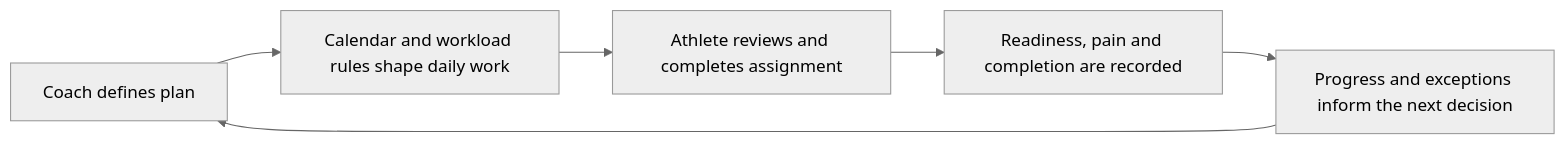
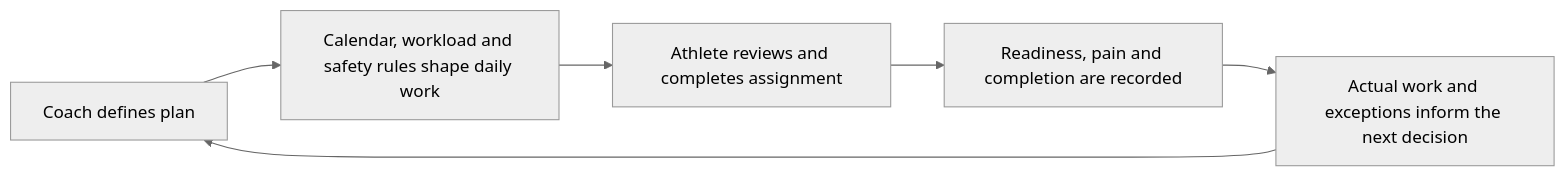
The diagram in README.md (MichaelJNichols/player-development-os-portfolio), drawn with Mermaid (neutral theme) before and after one commit. The commit also changed other lines of this file, not shown here.

````diff
--- a/README.md
+++ b/README.md
@@ -19,8 +19,8 @@
 ```mermaid
 flowchart LR
-    A[Coach defines plan] --> B[Calendar and workload rules shape daily work]
+    A[Coach defines plan] --> B[Calendar, workload and safety rules shape daily work]
     B --> C[Athlete reviews and completes assignment]
     C --> D[Readiness, pain and completion are recorded]
-    D --> E[Progress and exceptions inform the next decision]
+    D --> E[Actual work and exceptions inform the next decision]
     E --> A
 ```
````
